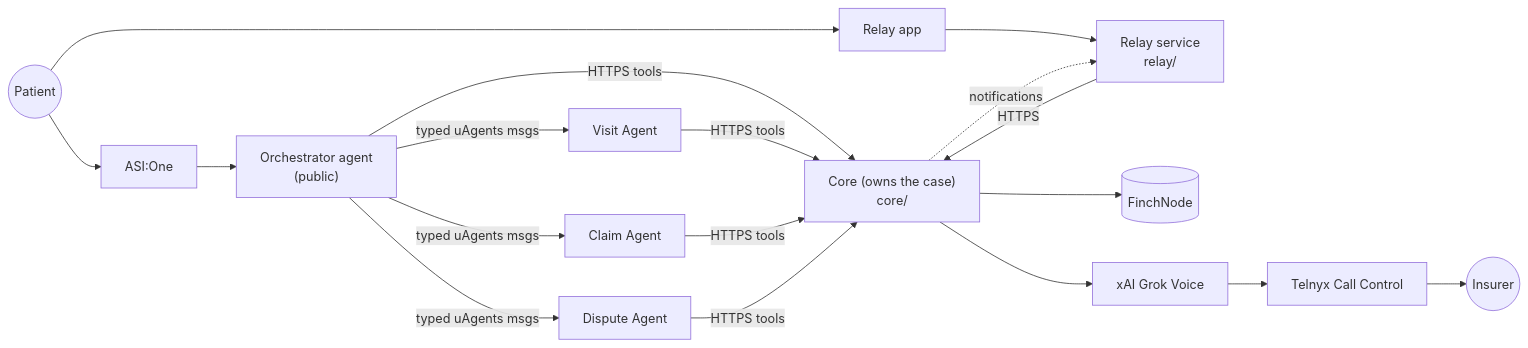
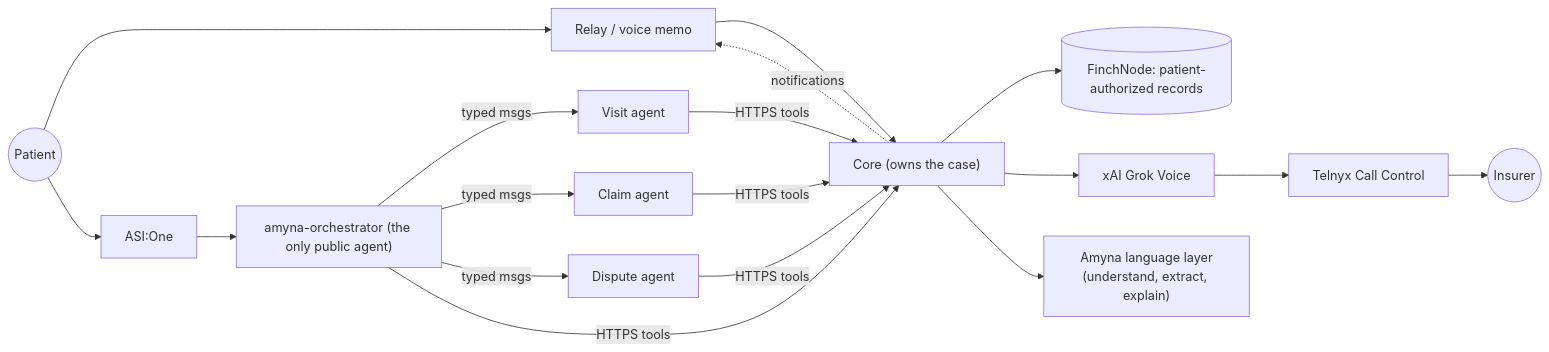
The diagram in README.md (Shrish-07/Supreme-Waffles), drawn with Mermaid before and after one commit. The commit also changed other lines of this file and 27 other files, not shown here.

````diff
--- a/README.md
+++ b/README.md
@@ -35,11 +27,11 @@
 ```mermaid
 flowchart LR
-    P((Patient)) --> ASI[ASI:One] --> O["Orchestrator agent<br/>(public)"]
-    P --> RP[Relay app] --> R["Relay service<br/>relay/"]
-    O -- typed uAgents msgs --> V[Visit Agent] & C[Claim Agent] & D[Dispute Agent]
-    O & V & C & D -- HTTPS tools --> CORE["Core (owns the case)<br/>core/"]
-    R -- HTTPS --> CORE
-    CORE --> FN[(FinchNode)]
-    CORE --> VOICE[xAI Grok Voice] --> SIP[Telnyx Call Control] --> INS((Insurer))
+    P((Patient)) --> R[Relay / voice memo] --> CORE["Core (owns the case)"]
+    P --> ASI[ASI:One] --> O["amyna-orchestrator (the only public agent)"]
+    O -- typed msgs --> V[Visit agent] & C[Claim agent] & D[Dispute agent]
+    O & V & C & D -- HTTPS tools --> CORE
+    CORE --> FN[(FinchNode: patient-authorized records)]
+    CORE --> XAI[xAI Grok Voice] --> SIP[Telnyx Call Control] --> INS((Insurer))
     CORE -. notifications .-> R
+    CORE --> L["Amyna language layer<br/>(understand, extract, explain)"]
 ```
````
